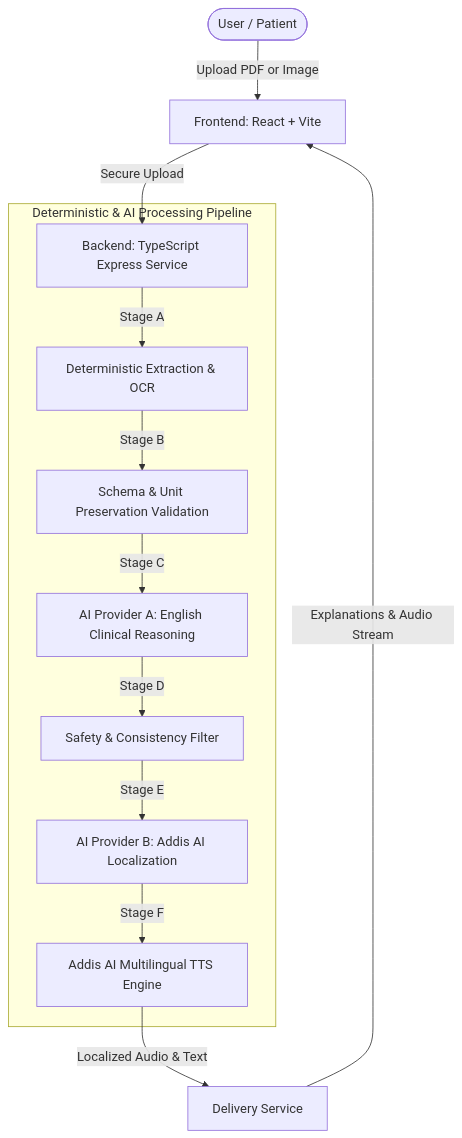
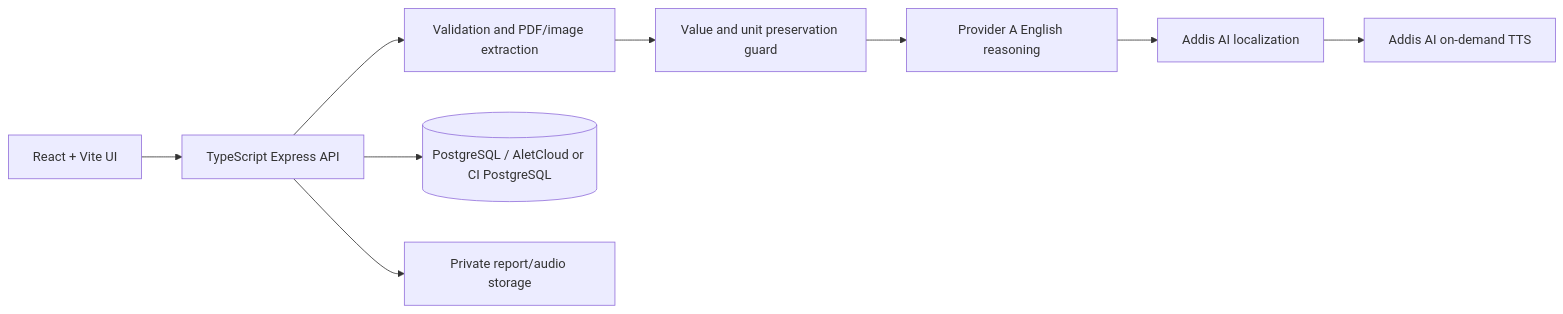
One commit to Eliphaz21/Lisan_Health changed the diagram in README.md. Above: the diagram before and after it, drawn with Mermaid. The commit also changed other lines of this file and 8 other files, not shown here.

````diff
--- a/README.md
+++ b/README.md
@@ -31,17 +29,11 @@
 ```mermaid
-flowchart TD
-    User([User / Patient]) -->|Upload PDF or Image| WebUI[Frontend: React + Vite]
-    WebUI -->|Secure Upload| API[Backend: TypeScript Express Service]
-    
-    subgraph Pipeline [Deterministic & AI Processing Pipeline]
-        API -->|Stage A| Extract[Deterministic Extraction & OCR]
-        Extract -->|Stage B| Validate[Schema & Unit Preservation Validation]
-        Validate -->|Stage C| ProviderA[AI Provider A: English Clinical Reasoning]
-        ProviderA -->|Stage D| SafetyCheck[Safety & Consistency Filter]
-        SafetyCheck -->|Stage E| ProviderB[AI Provider B: Addis AI Localization]
-        ProviderB -->|Stage F| TTS[Addis AI Multilingual TTS Engine]
-    end
-
-    TTS -->|Localized Audio & Text| Delivery[Delivery Service]
-    Delivery -->|Explanations & Audio Stream| WebUI
+flowchart LR
+  Browser[React + Vite UI] --> API[TypeScript Express API]
+  API --> Extract[Validation and PDF/image extraction]
+  Extract --> Guard[Value and unit preservation guard]
+  Guard --> Reason[Provider A English reasoning]
+  Reason --> Localize[Addis AI localization]
+  Localize --> Speech[Addis AI on-demand TTS]
+  API --> DB[(PostgreSQL / AletCloud or CI PostgreSQL)]
+  API --> Private[Private report/audio storage]
 ```
````
